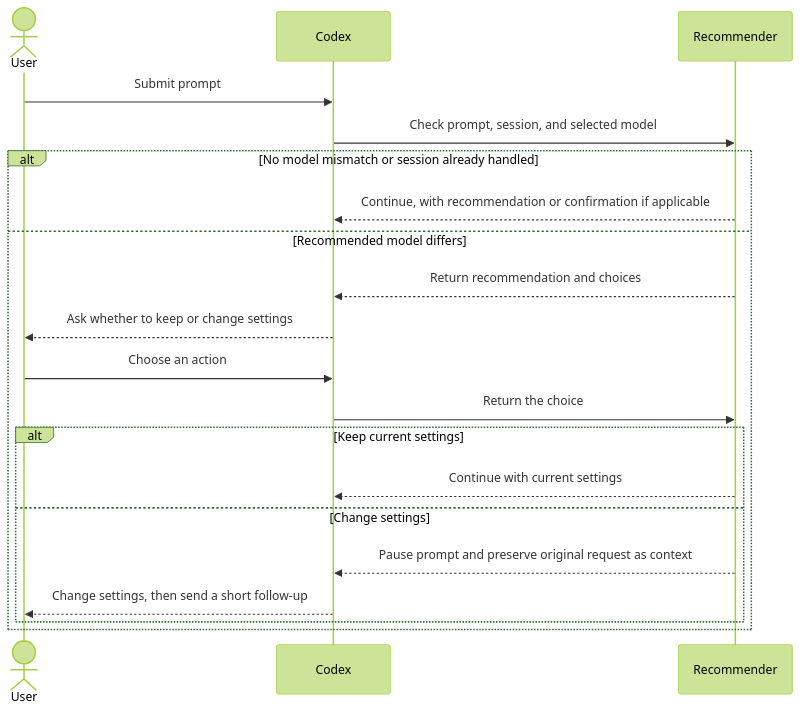
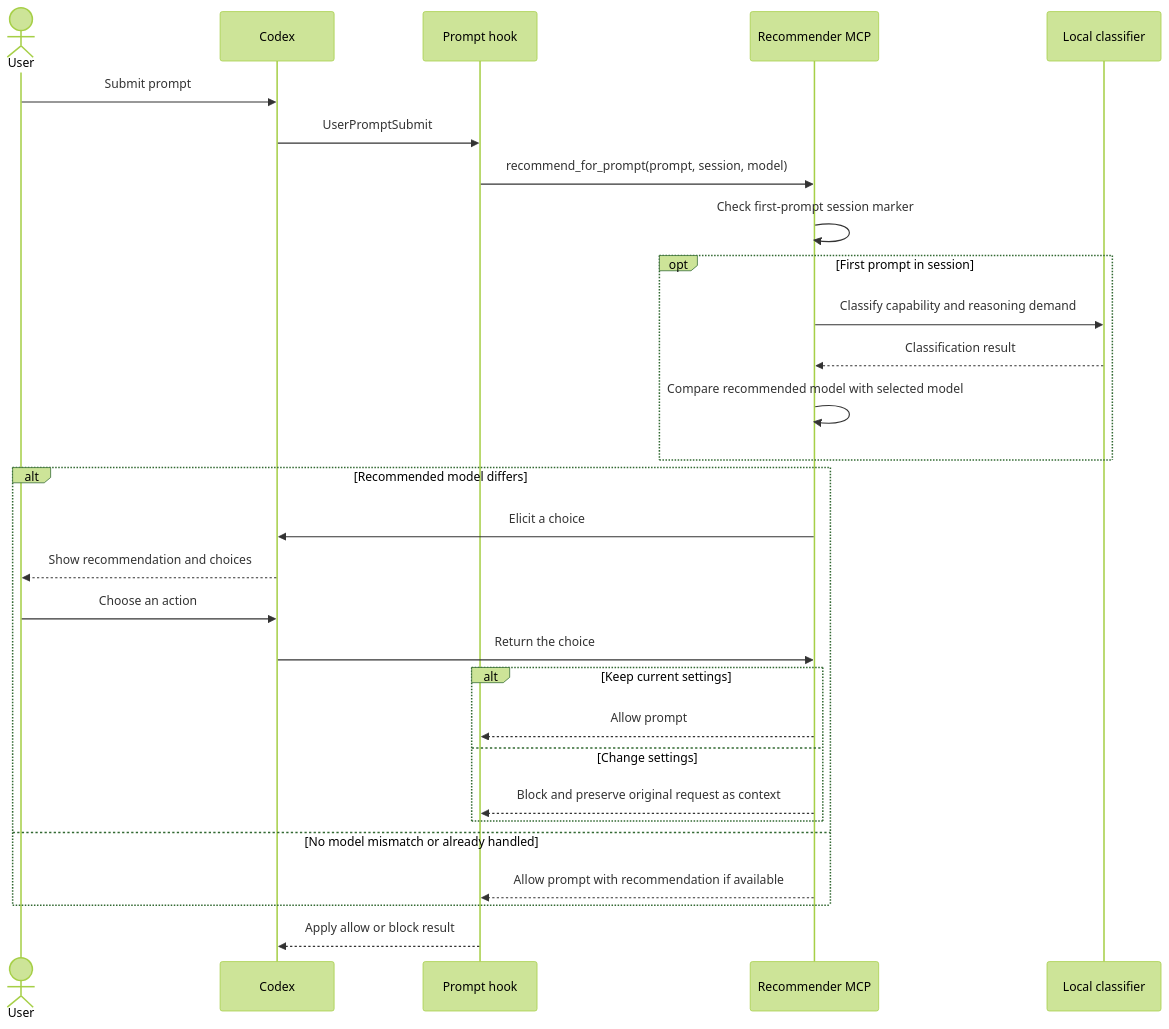
One commit to pedromfmachado/laya-model-recommender changed the diagram in ARCHITECTURE.md. Above: the diagram before and after it, drawn with Mermaid (forest theme). The commit also changed other lines of this file, not shown here.

Commit message:
Clarify prompt recommendation architecture flow

````diff
--- a/ARCHITECTURE.md
+++ b/ARCHITECTURE.md
@@ -17,24 +19,32 @@
 ```mermaid
 sequenceDiagram
     actor User
     participant Codex
-    participant MCP as Recommender
+    participant Hook as Prompt hook
+    participant MCP as Recommender MCP
+    participant Classifier as Local classifier
 
     User->>Codex: Submit prompt
-    Codex->>MCP: Check prompt, session, and selected model
-
-    alt No model mismatch or session already handled
-        MCP-->>Codex: Continue, with recommendation or confirmation if applicable
-    else Recommended model differs
-        MCP-->>Codex: Return recommendation and choices
-        Codex-->>User: Ask whether to keep or change settings
+    Codex->>Hook: UserPromptSubmit
+    Hook->>MCP: recommend_for_prompt(prompt, session, model)
+    MCP->>MCP: Check first-prompt session marker
+    opt First prompt in session
+        MCP->>Classifier: Classify capability and reasoning demand
+        Classifier-->>MCP: Classification result
+        MCP->>MCP: Compare recommended model with selected model
+    end
+    alt Recommended model differs
+        MCP->>Codex: Elicit a choice
+        Codex-->>User: Show recommendation and choices
         User->>Codex: Choose an action
         Codex->>MCP: Return the choice
         alt Keep current settings
-            MCP-->>Codex: Continue with current settings
+            MCP-->>Hook: Allow prompt
         else Change settings
-            MCP-->>Codex: Pause prompt and preserve original request as context
-            Codex-->>User: Change settings, then send a short follow-up
+            MCP-->>Hook: Block and preserve original request as context
         end
+    else No model mismatch or already handled
+        MCP-->>Hook: Allow prompt with recommendation if available
     end
+    Hook-->>Codex: Apply allow or block result
 ```
````
